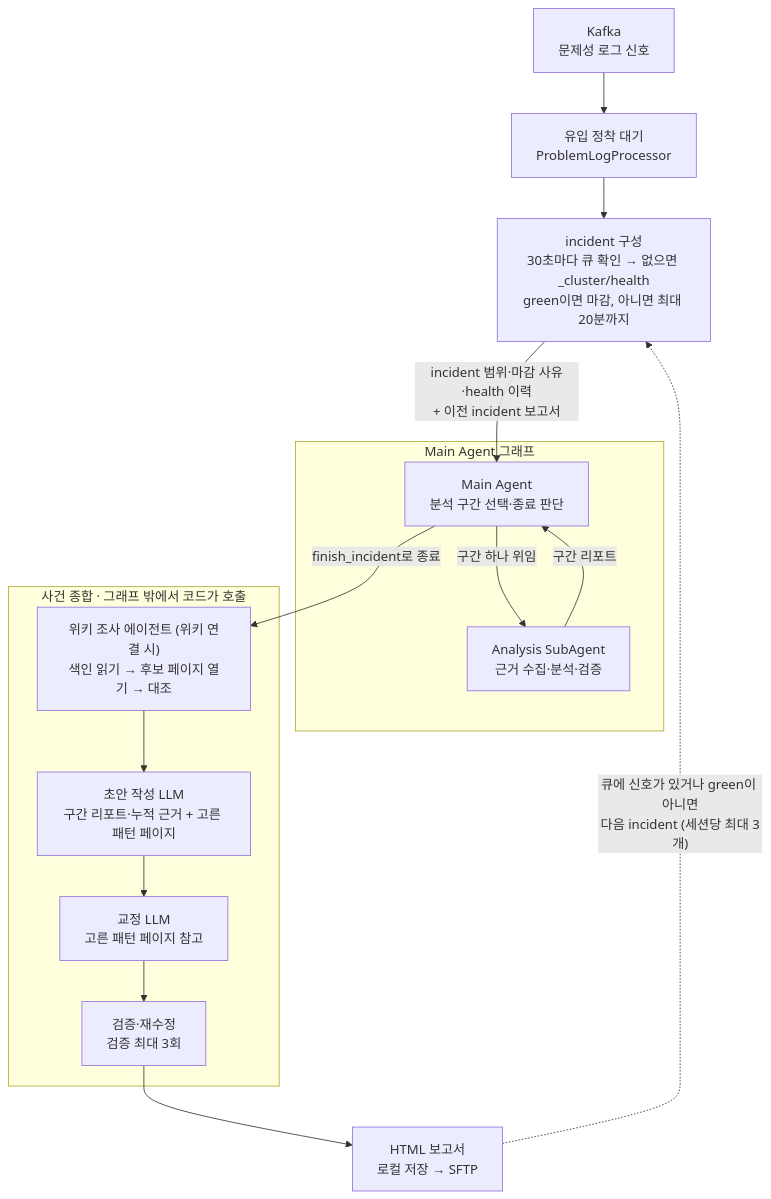
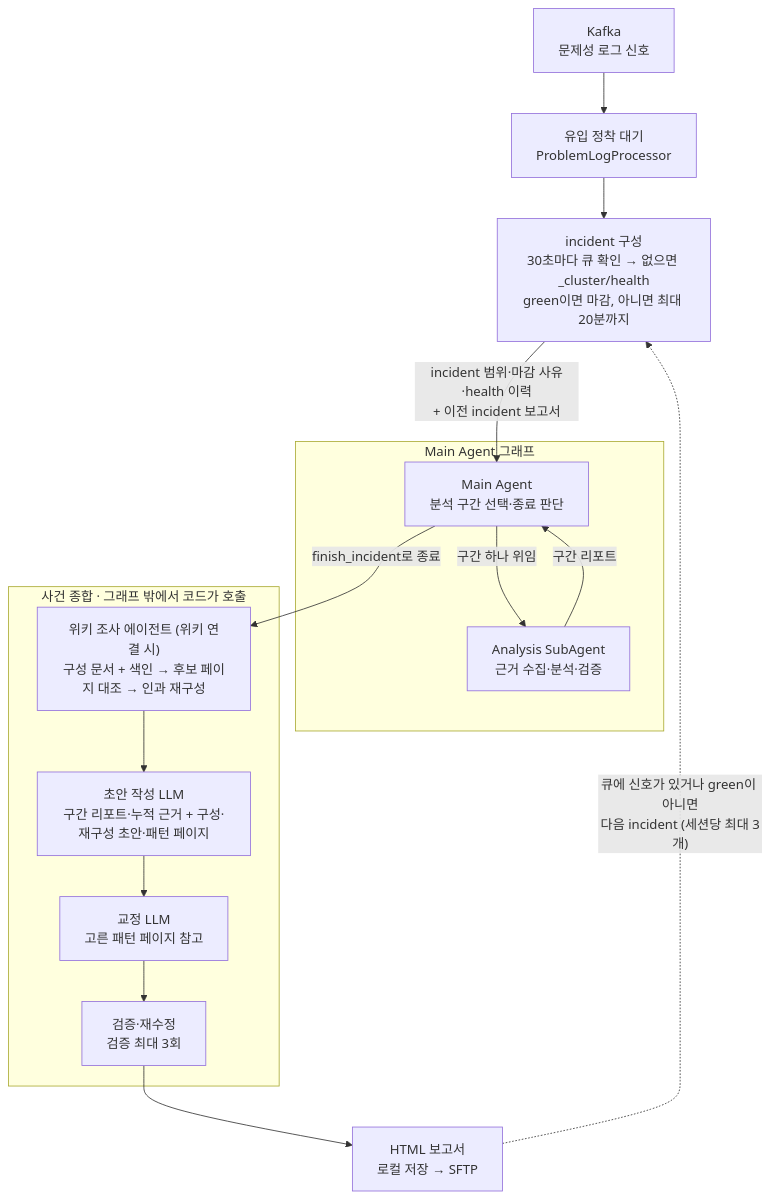
Before and after one commit to BaektotheFuture98/ClusterDoctor: the diagram in README.md, drawn with Mermaid. The commit also changed other lines of this file and 17 other files, not shown here.

````diff
--- a/README.md
+++ b/README.md
@@ -52,18 +52,18 @@
 ```mermaid
 flowchart TD
     K["Kafka<br/>문제성 로그 신호"] --> S["유입 정착 대기<br/>ProblemLogProcessor"]
     S --> C["incident 구성<br/>30초마다 큐 확인 → 없으면 _cluster/health<br/>green이면 마감, 아니면 최대 20분까지"]
     C -->|"incident 범위·마감 사유·health 이력<br/>+ 이전 incident 보고서"| M
     subgraph G["Main Agent 그래프"]
         M["Main Agent<br/>분석 구간 선택·종료 판단"] -->|"구간 하나 위임"| A["Analysis SubAgent<br/>근거 수집·분석·검증"]
         A -->|"구간 리포트"| M
     end
     M -->|"finish_incident로 종료"| Y1
     subgraph Y["사건 종합 · 그래프 밖에서 코드가 호출"]
-        Y1["위키 조사 에이전트 (위키 연결 시)<br/>색인 읽기 → 후보 페이지 열기 → 대조"] --> Y2["초안 작성 LLM<br/>구간 리포트·누적 근거 + 고른 패턴 페이지"]
+        Y1["위키 조사 에이전트 (위키 연결 시)<br/>구성 문서 + 색인 → 후보 페이지 대조 → 인과 재구성"] --> Y2["초안 작성 LLM<br/>구간 리포트·누적 근거 + 구성·재구성 초안·패턴 페이지"]
         Y2 --> Y3["교정 LLM<br/>고른 패턴 페이지 참고"]
         Y3 --> Y4["검증·재수정<br/>검증 최대 3회"]
     end
     Y4 --> R["HTML 보고서<br/>로컬 저장 → SFTP"]
     R -.->|"큐에 신호가 있거나 green이 아니면<br/>다음 incident (세션당 최대 3개)"| C
 ```
````
